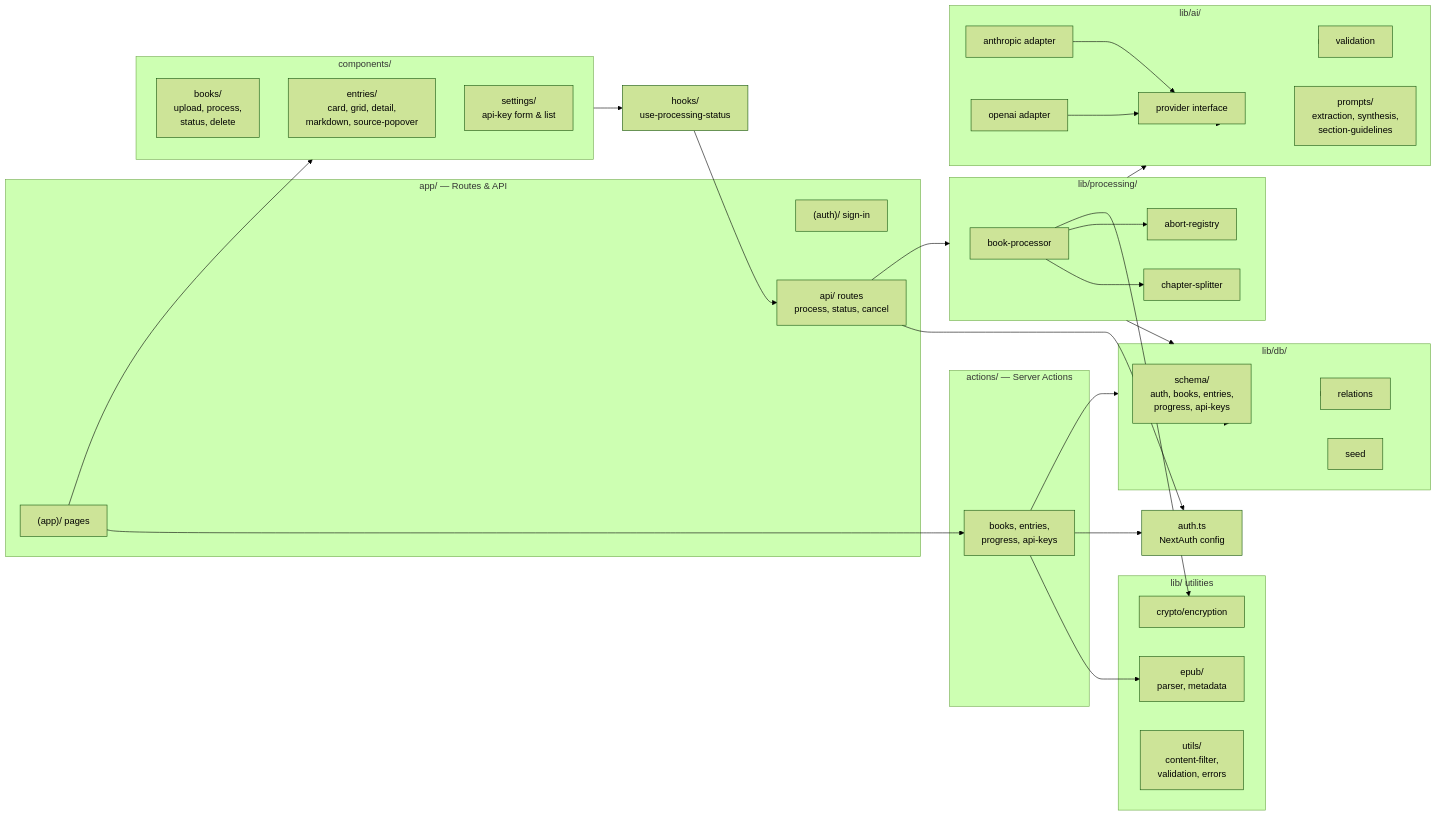
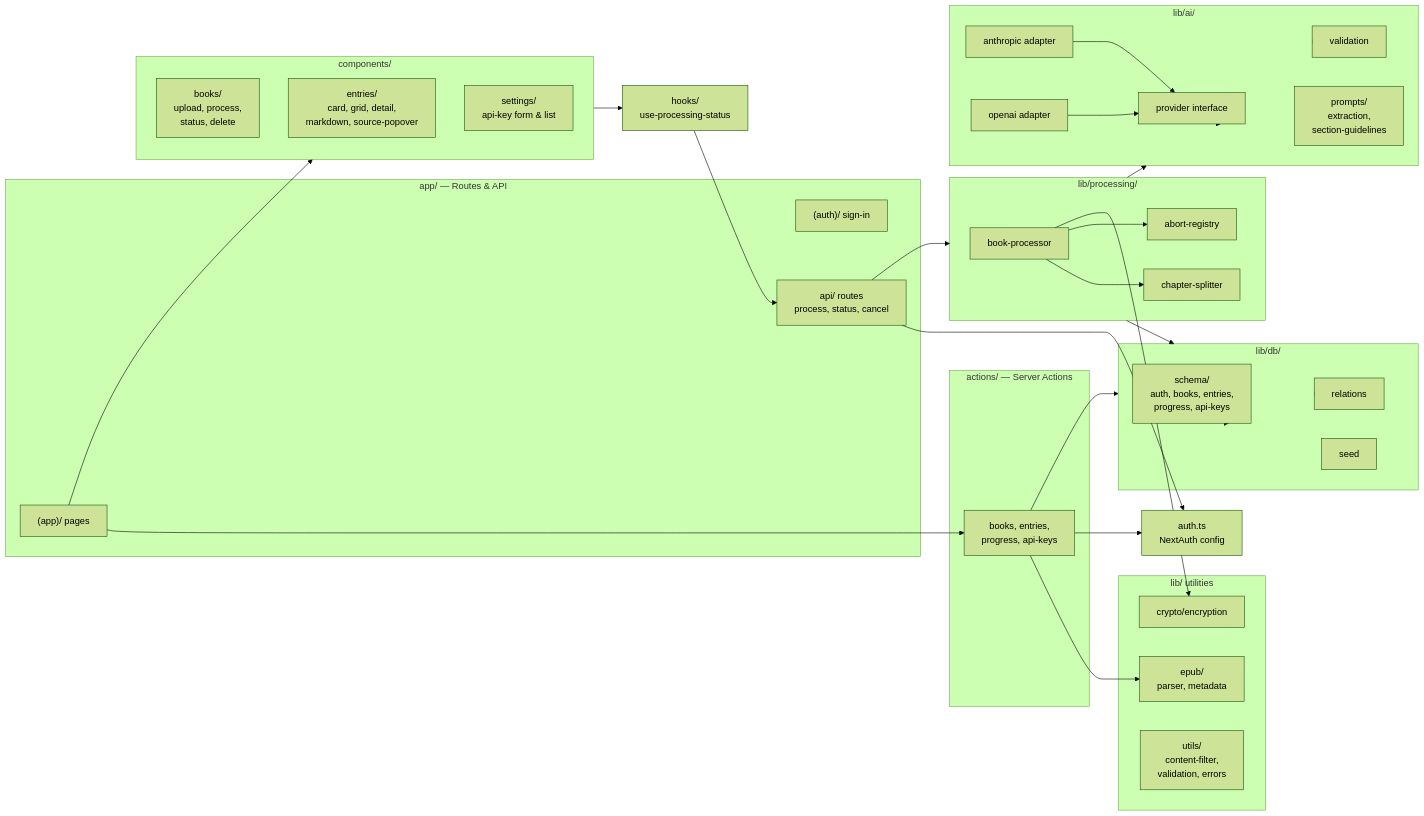
The fifth of 5 diagrams in docs/ARCHITECTURE.md (EricMChavez/chronicle), drawn with Mermaid (forest theme) before and after one commit. The commit also changed other lines of this file and 23 other files, not shown here.

````diff
--- a/docs/ARCHITECTURE.md
+++ b/docs/ARCHITECTURE.md
@@ -282,72 +309,72 @@
 ```mermaid
 flowchart LR
     subgraph Pages["app/ — Routes & API"]
         APP["(app)/ pages"]
         AUTHPAGES["(auth)/ sign-in"]
         API["api/ routes<br/>process, status, cancel"]
     end
 
     subgraph Actions["actions/ — Server Actions"]
         SA["books, entries,<br/>progress, api-keys"]
     end
 
     subgraph Components["components/"]
         BOOKS_C["books/<br/>upload, process,<br/>status, delete"]
         ENTRIES_C["entries/<br/>card, grid, detail,<br/>markdown, source-popover"]
         SETTINGS_C["settings/<br/>api-key form & list"]
     end
 
     subgraph Processing["lib/processing/"]
         BP["book-processor"]
         CS["chapter-splitter"]
         AR["abort-registry"]
     end
 
     subgraph AI["lib/ai/"]
         PROV["provider interface"]
         ANTH["anthropic adapter"]
         OAI["openai adapter"]
-        PROMPTS["prompts/<br/>extraction, synthesis,<br/>section-guidelines"]
+        PROMPTS["prompts/<br/>extraction,<br/>section-guidelines"]
         VAL["validation"]
     end
 
     subgraph Data["lib/db/"]
         SCHEMA["schema/<br/>auth, books, entries,<br/>progress, api-keys"]
         REL["relations"]
         SEED["seed"]
     end
 
     subgraph Util["lib/ utilities"]
         EPUB["epub/<br/>parser, metadata"]
         CRYPTO["crypto/encryption"]
         UTILS["utils/<br/>content-filter,<br/>validation, errors"]
     end
 
     HOOKS["hooks/<br/>use-processing-status"]
     AUTHMOD["auth.ts<br/>NextAuth config"]
 
     APP --> SA
     APP --> Components
     API --> Processing
     API --> AUTHMOD
     SA --> Data
     SA --> EPUB
     SA --> AUTHMOD
     Components --> HOOKS
     HOOKS --> API
 
     Processing --> AI
     Processing --> Data
     AI --> PROV
     ANTH --> PROV
     OAI --> PROV
     AI --> PROMPTS
     AI --> VAL
 
     BP --> CS
     BP --> AR
     BP --> CRYPTO
 
     Data --> SCHEMA
     Data --> REL
 ```
````
